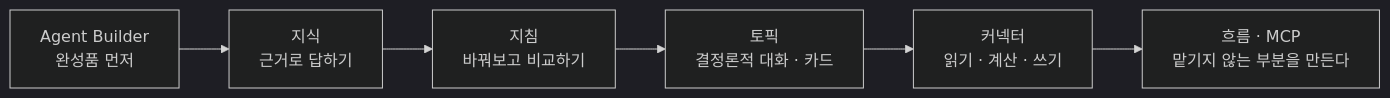
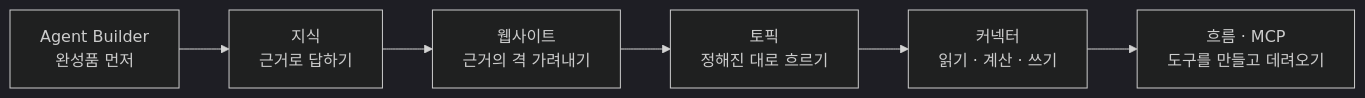
The diagram in index.md (JM-2ktech/cs_lab), drawn with Mermaid (dark theme) before and after one commit. The commit also changed other lines of this file and 4 other files, not shown here.

````diff
--- a/index.md
+++ b/index.md
@@ -36,8 +42,8 @@
 ```mermaid
 flowchart LR
     A[Agent Builder<br>완성품 먼저] --> B[지식<br>근거로 답하기]
-    B --> C[지침<br>바꿔보고 비교하기]
-    C --> D[토픽<br>결정론적 대화 · 카드]
+    B --> C[웹사이트<br>근거의 격 가려내기]
+    C --> D[토픽<br>정해진 대로 흐르기]
     D --> E[커넥터<br>읽기 · 계산 · 쓰기]
-    E --> F[흐름 · MCP<br>맡기지 않는 부분을 만든다]
+    E --> F[흐름 · MCP<br>도구를 만들고 데려오기]
 ```
````
